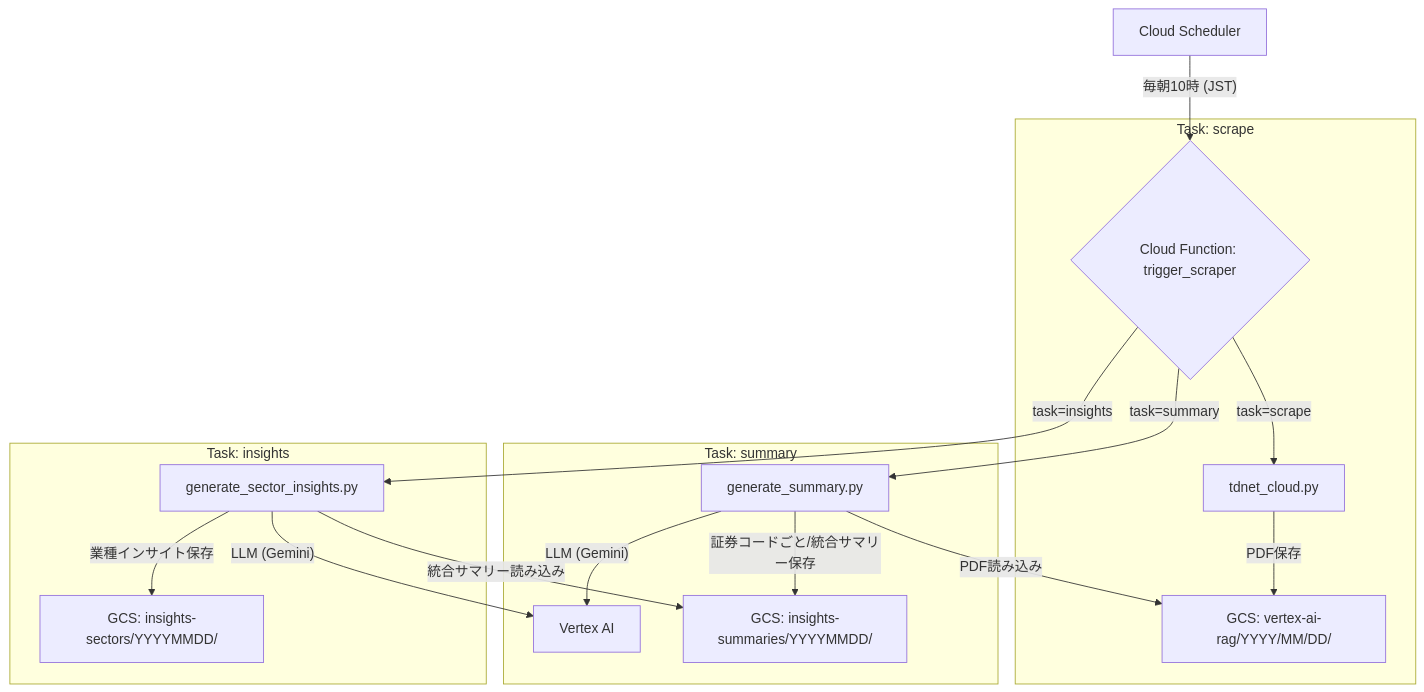
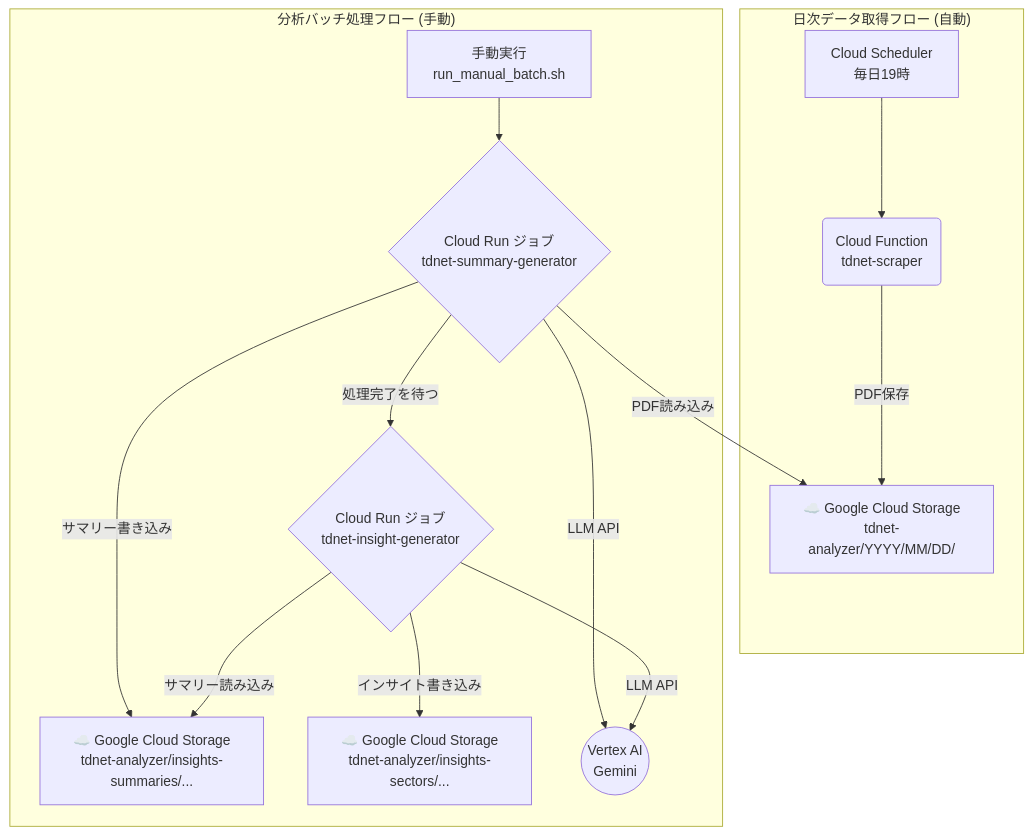
One commit to kz-investor/tdnet-analyze changed the diagram in SYSTEM_REQUIREMENTS.md. Above: the diagram before and after it, drawn with Mermaid. The commit also changed other lines of this file and 19 other files, not shown here.

````diff
--- a/SYSTEM_REQUIREMENTS.md
+++ b/SYSTEM_REQUIREMENTS.md
@@ -166,20 +42,20 @@
 ```mermaid
 graph TD
-    A[Cloud Scheduler] -- 毎朝10時 (JST) --> B{Cloud Function: trigger_scraper};
-    subgraph "Task: scrape"
-        B -- task=scrape --> C[tdnet_cloud.py];
-        C -- PDF保存 --> D[GCS: vertex-ai-rag/YYYY/MM/DD/];
+    subgraph "日次データ取得フロー (自動)"
+        A[Cloud Scheduler<br/>毎日19時] --> B(Cloud Function<br/>tdnet-scraper);
+        B -- PDF保存 --> C[☁️ Google Cloud Storage<br/>tdnet-analyzer/YYYY/MM/DD/];
     end
-    subgraph "Task: summary"
-        B -- task=summary --> E[generate_summary.py];
-        E -- PDF読み込み --> D;
-        E -- LLM (Gemini) --> F[Vertex AI];
-        E -- 証券コードごと/統合サマリー保存 --> G[GCS: insights-summaries/YYYYMMDD/];
-    end
-    subgraph "Task: insights"
-        B -- task=insights --> H[generate_sector_insights.py];
-        H -- 統合サマリー読み込み --> G;
-        H -- LLM (Gemini) --> F;
-        H -- 業種インサイト保存 --> I[GCS: insights-sectors/YYYYMMDD/];
+
+    subgraph "分析バッチ処理フロー (手動)"
+        D[手動実行<br/>run_manual_batch.sh] --> E{Cloud Run ジョブ<br/>tdnet-summary-generator};
+        E -- 処理完了を待つ --> F{Cloud Run ジョブ<br/>tdnet-insight-generator};
+        
+        E -- PDF読み込み --> C;
+        E -- サマリー書き込み --> G[☁️ Google Cloud Storage<br/>tdnet-analyzer/insights-summaries/...];
+        F -- サマリー読み込み --> G;
+        F -- インサイト書き込み --> H[☁️ Google Cloud Storage<br/>tdnet-analyzer/insights-sectors/...];
+        
+        E -- LLM API --> I((Vertex AI<br/>Gemini));
+        F -- LLM API --> I;
     end
 ```
````
